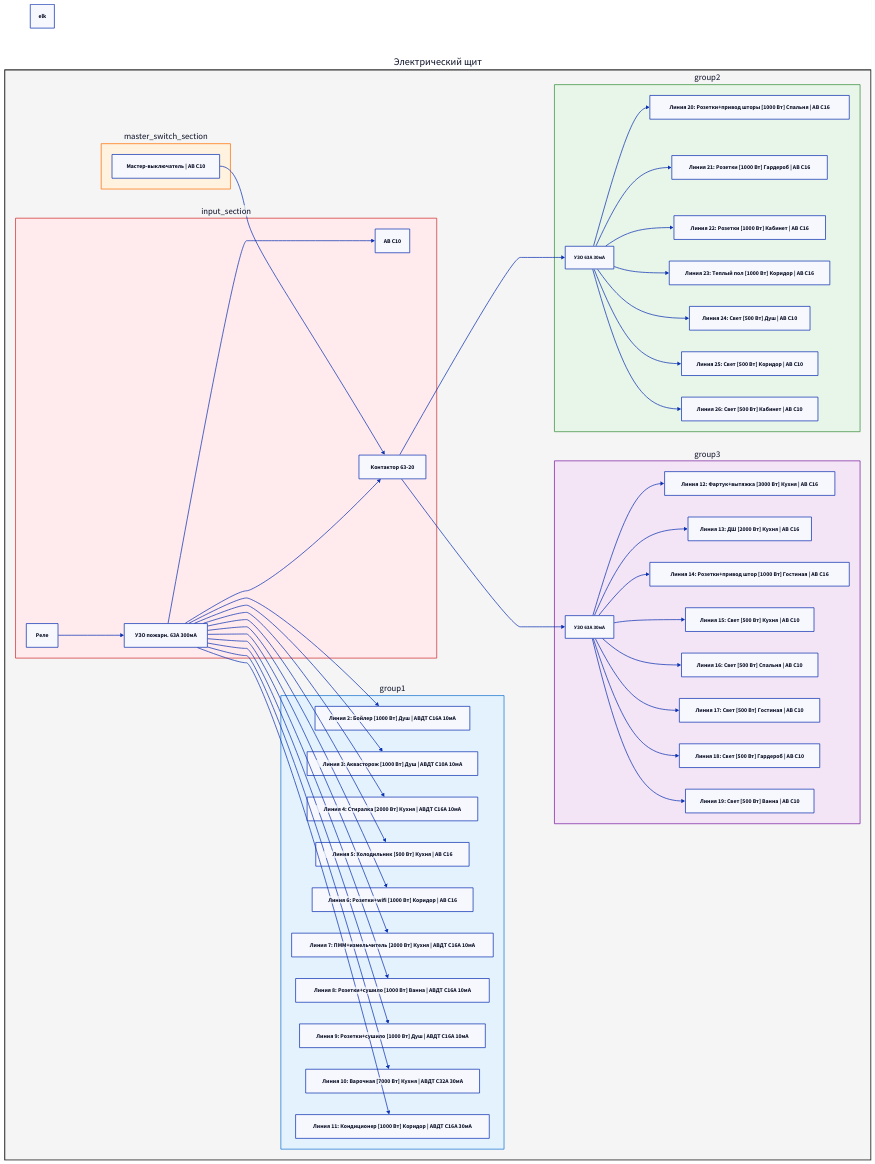
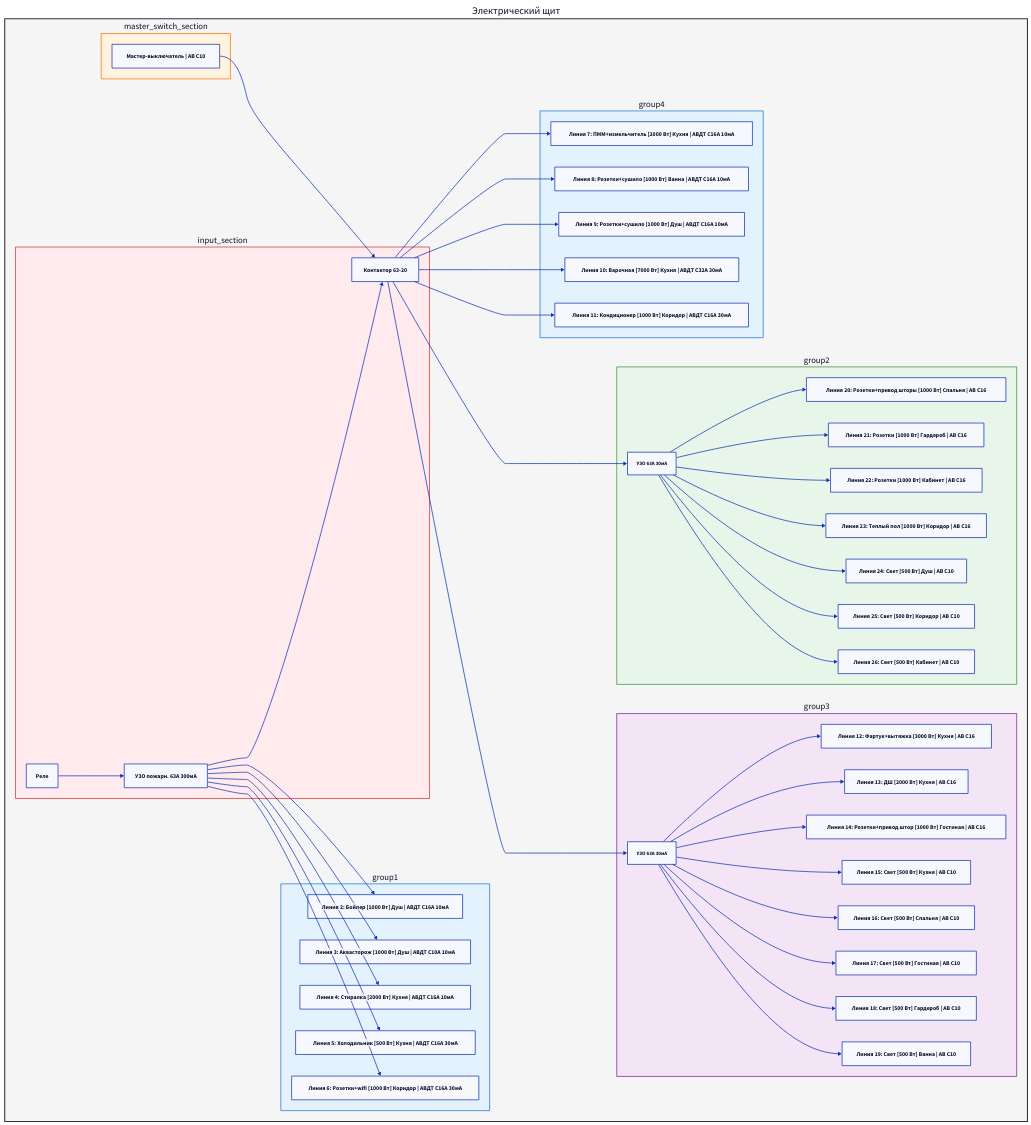
Before and after one commit to andreyzebin/piters-life: the diagram in electric-panel/panel.d2, drawn with D2.

Commit message:
Refactor electric panel: split group1, add group4, connect lines 7-11 to contactor
- Split group1: now contains only lines 2-6 (connected to fire_rcd)
- Add group4: lines 7-11 (connected to contactor)
- Update breaker types for lines 5-6: АВДТ C16A 30мА
- Remove layout: elk and main_breaker from input_section

```diff
--- a/electric-panel/panel.d2
+++ b/electric-panel/panel.d2
@@ -1,152 +1,160 @@
 # СХЕМА ЭЛЕКТРИЧЕСКОГО ЩИТА
 
-layout: elk
 direction: right
 
 electric_panel: Электрический щит {
   shape: rectangle
   style: {
     stroke: "#333333"
     fill: "#F5F5F5"
     stroke-width: 3
   }
 
   # === ВВОДНАЯ ЧАСТЬ ===
   input_section: {
     shape: rectangle
     style: {
       stroke: "#D32F2F"
       fill: "#FFEBEE"
     }
 
     relay: Реле
     fire_rcd: УЗО пожарн. 63A 300мА {
       style: {
         bold: true
       }
     }
-    main_breaker: АВ C10
     contactor: Контактор 63-20
 
     relay -> fire_rcd
-    fire_rcd -> main_breaker
     fire_rcd -> contactor
   }
 
   # === МАСТЕР-ВЫКЛЮЧАТЕЛЬ ===
   master_switch_section: {
     shape: rectangle
     style: {
       stroke: "#FF6F00"
       fill: "#FFF3E0"
     }
 
     master_switch: "Мастер-выключатель | АВ C10"
   }
 
-  # === ГРУППА 1: ЛИНИИ 2-11 ===
+  # === ГРУППА 1: ЛИНИИ 2-6 ===
   group1: {
     shape: rectangle
     style: {
       stroke: "#1976D2"
       fill: "#E3F2FD"
     }
 
     line2: "Линия 2: Бойлер [1000 Вт] Душ | АВДТ C16A 10мА"
     line3: "Линия 3: Аквасторож [1000 Вт] Душ | АВДТ C10A 10мА"
     line4: "Линия 4: Стиралка [2000 Вт] Кухня | АВДТ C16A 10мА"
-    line5: "Линия 5: Холодильник [500 Вт] Кухня | АВ C16"
-    line6: "Линия 6: Розетки+wifi [1000 Вт] Коридор | АВ C16"
+    line5: "Линия 5: Холодильник [500 Вт] Кухня | АВДТ C16A 30мА"
+    line6: "Линия 6: Розетки+wifi [1000 Вт] Коридор | АВДТ C16A 30мА"
+  }
+
+  # === ГРУППА 4: ЛИНИИ 7-11 ===
+  group4: {
+    shape: rectangle
+    style: {
+      stroke: "#1976D2"
+      fill: "#E3F2FD"
+    }
+
     line7: "Линия 7: ПММ+измельчитель [2000 Вт] Кухня | АВДТ C16A 10мА"
     line8: "Линия 8: Розетки+сушило [1000 Вт] Ванна | АВДТ C16A 10мА"
     line9: "Линия 9: Розетки+сушило [1000 Вт] Душ | АВДТ C16A 10мА"
     line10: "Линия 10: Варочная [7000 Вт] Кухня | АВДТ C32A 30мА"
     line11: "Линия 11: Кондиционер [1000 Вт] Коридор | АВДТ C16A 30мА"
   }
 
   # === ГРУППА 2: ЛИНИИ 20-26 (УЗО 63A 30мА) ===
   group2: {
     shape: rectangle
     style: {
       stroke: "#388E3C"
       fill: "#E8F5E9"
     }
 
     group2_rcd: УЗО 63A 30мА {
       style: {
         bold: true
         font-size: 14
       }
     }
 
     line20: "Линия 20: Розетки+привод шторы [1000 Вт] Спальня | АВ C16"
     line21: "Линия 21: Розетки [1000 Вт] Гардероб | АВ C16"
     line22: "Линия 22: Розетки [1000 Вт] Кабинет | АВ C16"
     line23: "Линия 23: Теплый пол [1000 Вт] Коридор | АВ C16"
     line24: "Линия 24: Свет [500 Вт] Душ | АВ C10"
     line25: "Линия 25: Свет [500 Вт] Коридор | АВ C10"
     line26: "Линия 26: Свет [500 Вт] Кабинет | АВ C10"
 
     group2_rcd -> line20
     group2_rcd -> line21
     group2_rcd -> line22
     group2_rcd -> line23
     group2_rcd -> line24
     group2_rcd -> line25
     group2_rcd -> line26
   }
 
   # === ГРУППА 3: ЛИНИИ 12-19 (УЗО 63A 30мА) ===
   group3: {
     shape: rectangle
     style: {
       stroke: "#7B1FA2"
       fill: "#F3E5F5"
     }
 
     group3_rcd: УЗО 63A 30мА {
       style: {
         bold: true
         font-size: 14
       }
     }
 
     line12: "Линия 12: Фартук+вытяжка [3000 Вт] Кухня | АВ C16"
     line13: "Линия 13: ДШ [2000 Вт] Кухня | АВ C16"
     line14: "Линия 14: Розетки+привод штор [1000 Вт] Гостиная | АВ C16"
     line15: "Линия 15: Свет [500 Вт] Кухня | АВ C10"
     line16: "Линия 16: Свет [500 Вт] Спальня | АВ C10"
     line17: "Линия 17: Свет [500 Вт] Гостиная | АВ C10"
     line18: "Линия 18: Свет [500 Вт] Гардероб | АВ C10"
     line19: "Линия 19: Свет [500 Вт] Ванна | АВ C10"
 
     group3_rcd -> line12
     group3_rcd -> line13
     group3_rcd -> line14
     group3_rcd -> line15
     group3_rcd -> line16
     group3_rcd -> line17
     group3_rcd -> line18
     group3_rcd -> line19
   }
 
   # Подключение групп к вводной части
   # Мастер-выключатель идет к контактору через АВ C10
   master_switch_section.master_switch -> input_section.contactor
 
   # Группа 1 (линии 2-11) - каждая линия подключается напрямую к fire_rcd
   input_section.fire_rcd -> group1.line2
   input_section.fire_rcd -> group1.line3
   input_section.fire_rcd -> group1.line4
   input_section.fire_rcd -> group1.line5
   input_section.fire_rcd -> group1.line6
-  input_section.fire_rcd -> group1.line7
-  input_section.fire_rcd -> group1.line8
-  input_section.fire_rcd -> group1.line9
-  input_section.fire_rcd -> group1.line10
-  input_section.fire_rcd -> group1.line11
+
+  input_section.contactor -> group4.line7
+  input_section.contactor -> group4.line8
+  input_section.contactor -> group4.line9
+  input_section.contactor -> group4.line10
+  input_section.contactor -> group4.line11
 
   # Группы 2 и 3 (линии 12-26) подключаются через контактор
   input_section.contactor -> group2.group2_rcd
   input_section.contactor -> group3.group3_rcd
 }
```
